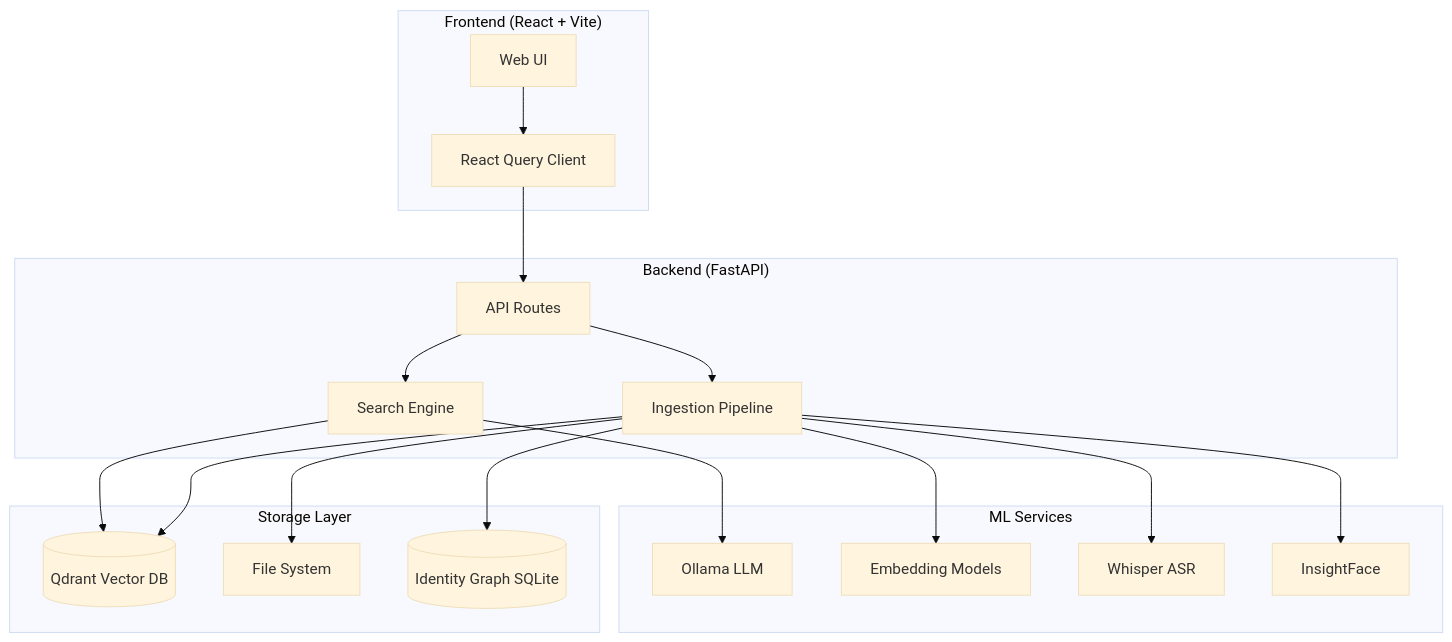
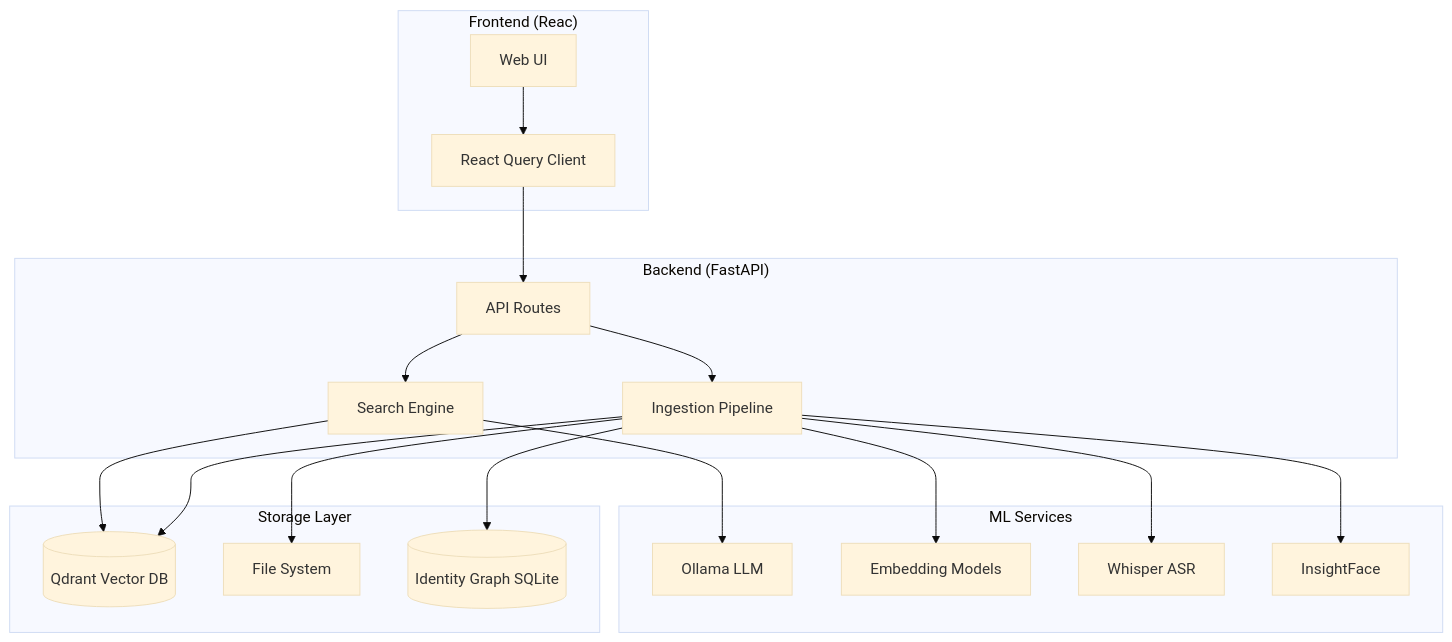
One commit to gnanaprakash2918/AI-Media-Indexer changed the first of 4 diagrams in docs/architecture.md. Above: the diagram before and after it, drawn with Mermaid (base theme). The commit also changed other lines of this file and 9 other files, not shown here.

````diff
--- a/docs/architecture.md
+++ b/docs/architecture.md
@@ -17,38 +17,38 @@
 ```mermaid
 graph TB
-    subgraph Frontend["Frontend (React + Vite)"]
+    subgraph Frontend["Frontend (Reac)"]
         UI[Web UI]
         RC[React Query Client]
     end
 
     subgraph Backend["Backend (FastAPI)"]
         API[API Routes]
         PIPE[Ingestion Pipeline]
         RAG[Search Engine]
     end
 
     subgraph Storage["Storage Layer"]
         QD[(Qdrant Vector DB)]
         FS[File System]
         IG[(Identity Graph SQLite)]
     end
 
     subgraph ML["ML Services"]
         OL[Ollama LLM]
         EMB[Embedding Models]
         ASR[Whisper ASR]
         INS[InsightFace]
     end
 
     UI --> RC --> API
     API --> PIPE
     API --> RAG
     PIPE --> QD
     PIPE --> FS
     RAG --> QD
     RAG --> OL
     PIPE --> EMB
     PIPE --> ASR
     PIPE --> INS
     PIPE --> IG
 ```
````
